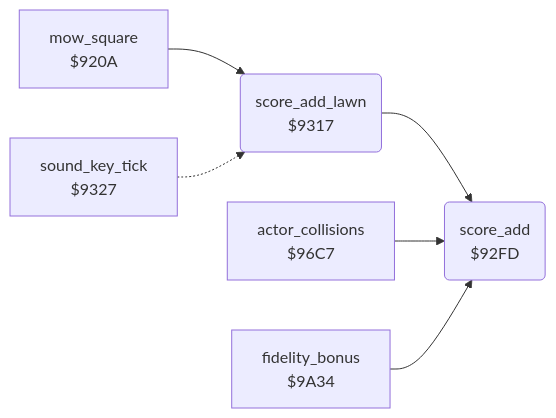
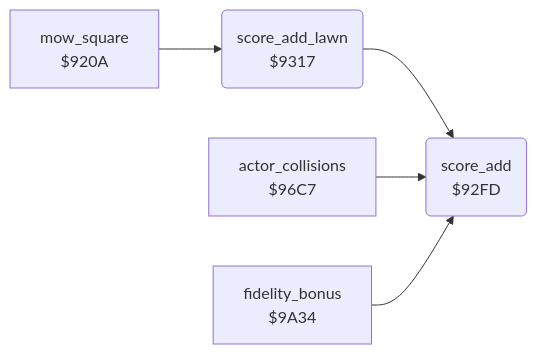
The diagram in hover_bovver/docs/reference/modules/scores/score_add.md (henols/c64_games), drawn with Mermaid before and after one commit. The commit also changed other lines of this file and 1100 other files, not shown here.

````diff
--- a/hover_bovver/docs/reference/modules/scores/score_add.md
+++ b/hover_bovver/docs/reference/modules/scores/score_add.md
@@ -10,14 +18,12 @@
 ```mermaid
 flowchart LR
   n920a["mow_square<br/>$920A"]
   n92fd("score_add<br/>$92FD")
   n9317("score_add_lawn<br/>$9317")
-  n9327["sound_key_tick<br/>$9327"]
   n96c7["actor_collisions<br/>$96C7"]
   n9a34["fidelity_bonus<br/>$9A34"]
   n920a --> n9317
   n9317 --> n92fd
-  n9327 -.-> n9317
   n96c7 --> n92fd
   n9a34 --> n92fd
 ```
````
